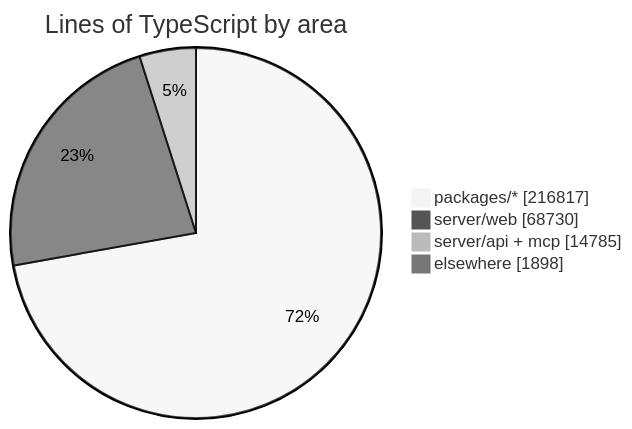
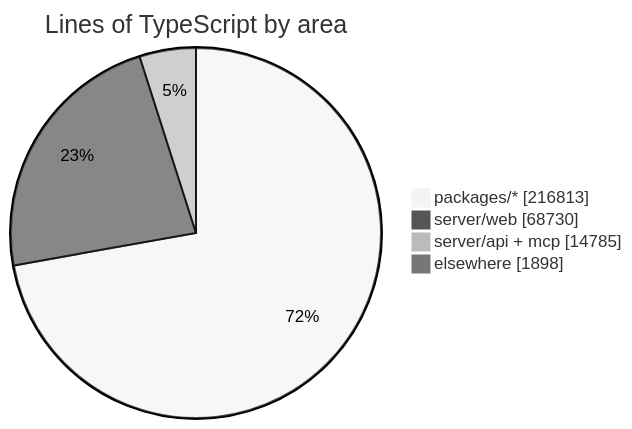
The diagram in README.md (crossworks-engineering/mantle), drawn with Mermaid (neutral theme) before and after one commit. The commit also changed other lines of this file and 2 other files, not shown here.

````diff
--- a/README.md
+++ b/README.md
@@ -287,7 +287,7 @@
 ```mermaid
 pie showData title Lines of TypeScript by area
-    "packages/*" : 216817
+    "packages/*" : 216813
     "server/web" : 68730
     "server/api + mcp" : 14785
     "elsewhere" : 1898
 ```
````
